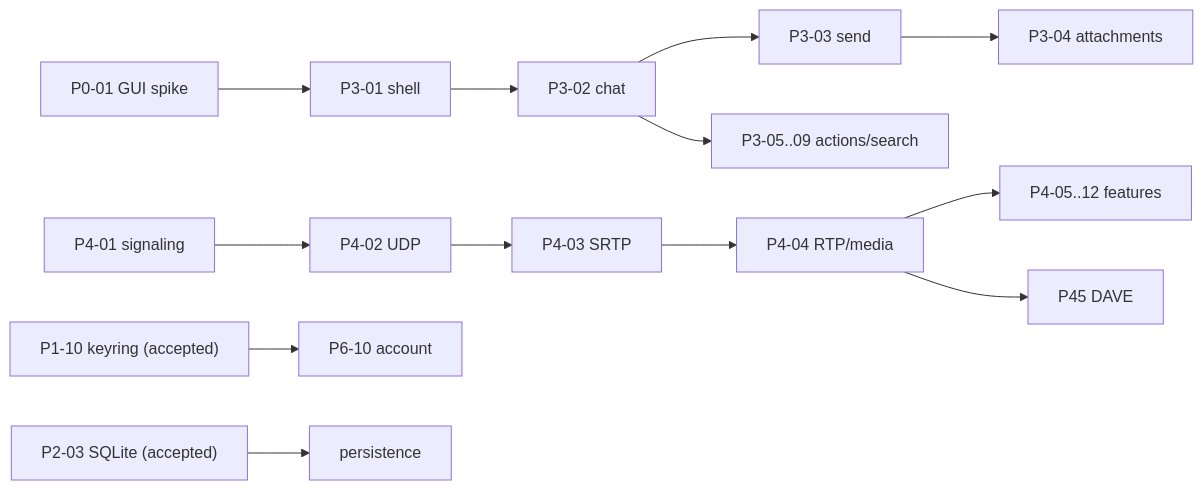
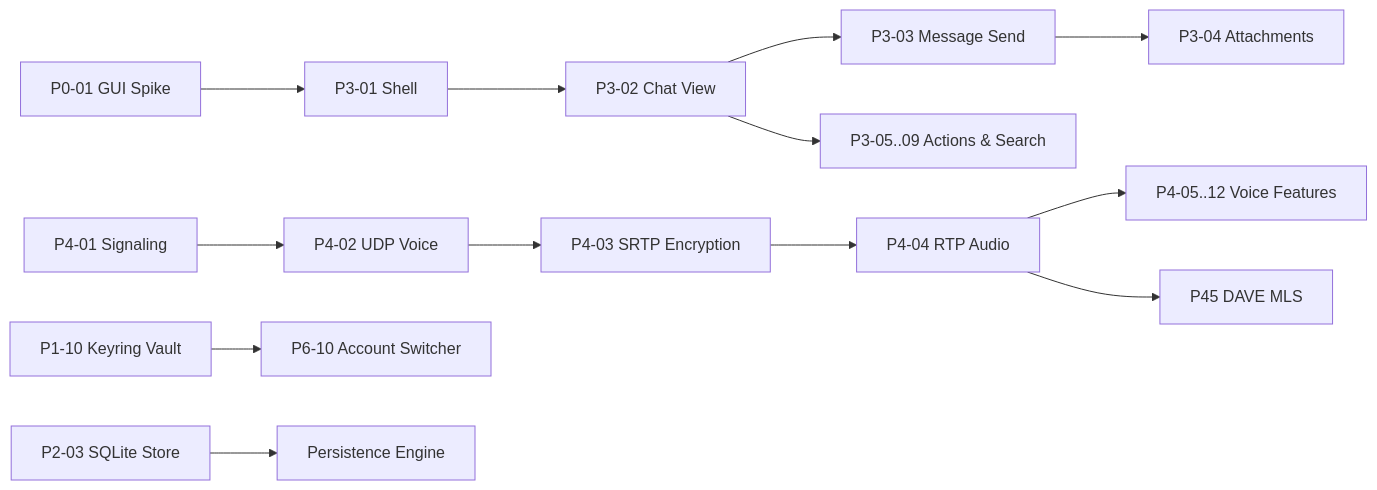
The diagram in docs/rust-client/WAVE-PLAN.md (Userbash/chord), drawn with Mermaid before and after one commit. The commit also changed other lines of this file and 2279 other files, not shown here.

````diff
--- a/docs/rust-client/WAVE-PLAN.md
+++ b/docs/rust-client/WAVE-PLAN.md
@@ -103,15 +80,15 @@
 ```mermaid
 flowchart LR
-  A["P0-01 GUI spike"] --> B["P3-01 shell"]
-  B --> C["P3-02 chat"]
-  C --> D["P3-03 send"]
-  D --> E["P3-04 attachments"]
-  C --> F["P3-05..09 actions/search"]
-  G["P4-01 signaling"] --> H["P4-02 UDP"]
-  H --> I["P4-03 SRTP"]
-  I --> J["P4-04 RTP/media"]
-  J --> K["P4-05..12 features"]
-  J --> L["P45 DAVE"]
-  M["P1-10 keyring (accepted)"] --> N["P6-10 account"]
-  O["P2-03 SQLite (accepted)"] --> P["persistence"]
+  A["P0-01 GUI Spike"] --> B["P3-01 Shell"]
+  B --> C["P3-02 Chat View"]
+  C --> D["P3-03 Message Send"]
+  D --> E["P3-04 Attachments"]
+  C --> F["P3-05..09 Actions & Search"]
+  G["P4-01 Signaling"] --> H["P4-02 UDP Voice"]
+  H --> I["P4-03 SRTP Encryption"]
+  I --> J["P4-04 RTP Audio"]
+  J --> K["P4-05..12 Voice Features"]
+  J --> L["P45 DAVE MLS"]
+  M["P1-10 Keyring Vault"] --> N["P6-10 Account Switcher"]
+  O["P2-03 SQLite Store"] --> P["Persistence Engine"]
 ```
````
